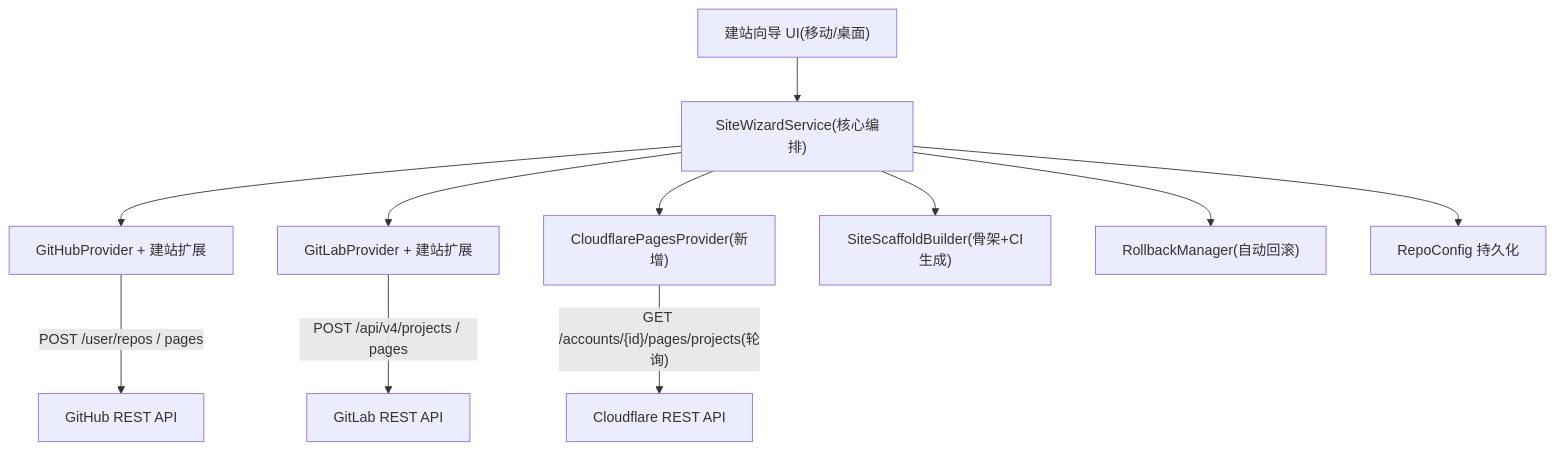
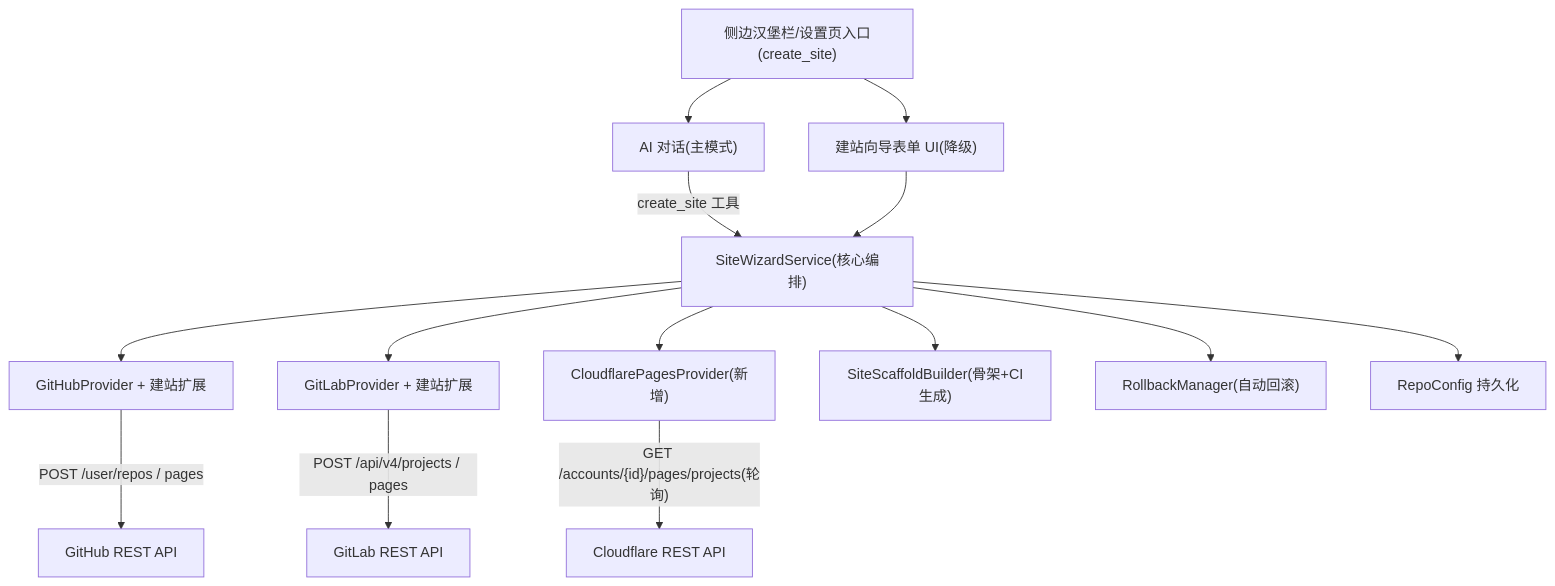
One commit to caogenfunan123/hexo changed the diagram in .monkeycode/specs/one-click-site-wizard/design.md. Above: the diagram before and after it, drawn with Mermaid. The commit also changed other lines of this file and 1 other file, not shown here.

````diff
--- a/.monkeycode/specs/one-click-site-wizard/design.md
+++ b/.monkeycode/specs/one-click-site-wizard/design.md
@@ -23,22 +23,27 @@
 ```mermaid
 graph TD
-    W["建站向导 UI(移动/桌面)"]
+    E["侧边汉堡栏/设置页入口(create_site)"]
+    A["AI 对话(主模式)"]
+    W["建站向导表单 UI(降级)"]
     S["SiteWizardService(核心编排)"]
     GH["GitHubProvider + 建站扩展"]
     GL["GitLabProvider + 建站扩展"]
     CF["CloudflarePagesProvider(新增)"]
     SK["SiteScaffoldBuilder(骨架+CI生成)"]
     RB["RollbackManager(自动回滚)"]
     ST["RepoConfig 持久化"]
 
+    E --> A
+    E --> W
+    A -->|"create_site 工具"| S
     W --> S
     S --> GH
     S --> GL
     S --> CF
     S --> SK
     S --> RB
     S --> ST
     GH -->|"POST /user/repos / pages"| GHAPI["GitHub REST API"]
     GL -->|"POST /api/v4/projects / pages"| GLAPI["GitLab REST API"]
     CF -->|"GET /accounts/{id}/pages/projects(轮询)"| CFAPI["Cloudflare REST API"]
 ```
````
